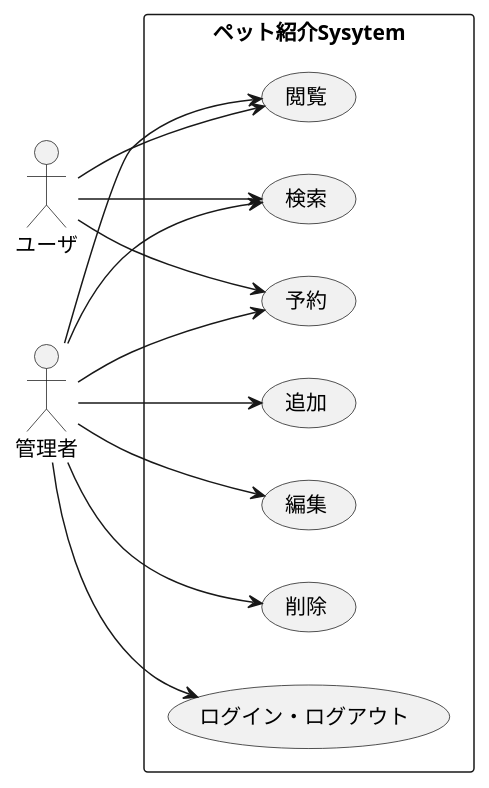
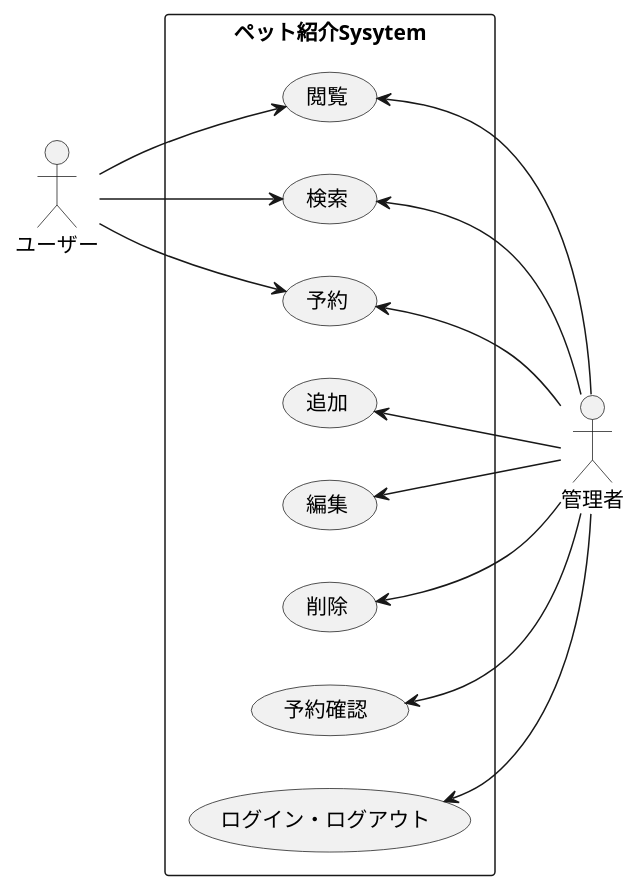
The diagram in UML/usecase.pu (Tyamanaka07/WebSystem), drawn with PlantUML before and after one commit. The commit also changed 3 other files, not shown here.

```diff
--- a/UML/usecase.pu
+++ b/UML/usecase.pu
@@ -1,19 +1,20 @@
 @startuml
 left to right direction
-actor ユーザ
+actor ユーザー
 actor 管理者
 
 rectangle ペット紹介Sysytem{
-	ユーザ --> (閲覧)
-	ユーザ --> (検索)
-	ユーザ --> (予約)
+	ユーザー --> (閲覧)
+	ユーザー --> (検索)
+	ユーザー --> (予約)
 
-	管理者 --> (閲覧)
-	管理者 --> (検索)
-	管理者 --> (予約)
-	管理者 --> (追加)
-	管理者 --> (編集)
-	管理者 --> (削除)
-	管理者 --> (ログイン・ログアウト)
+	(閲覧)<--管理者
+	(検索)<--管理者
+	(予約)<--管理者
+	(追加)<--管理者
+	(編集)<--管理者
+	(削除)<--管理者
+	(予約確認)<--管理者
+	(ログイン・ログアウト)<--管理者
 }
 @enduml
```
